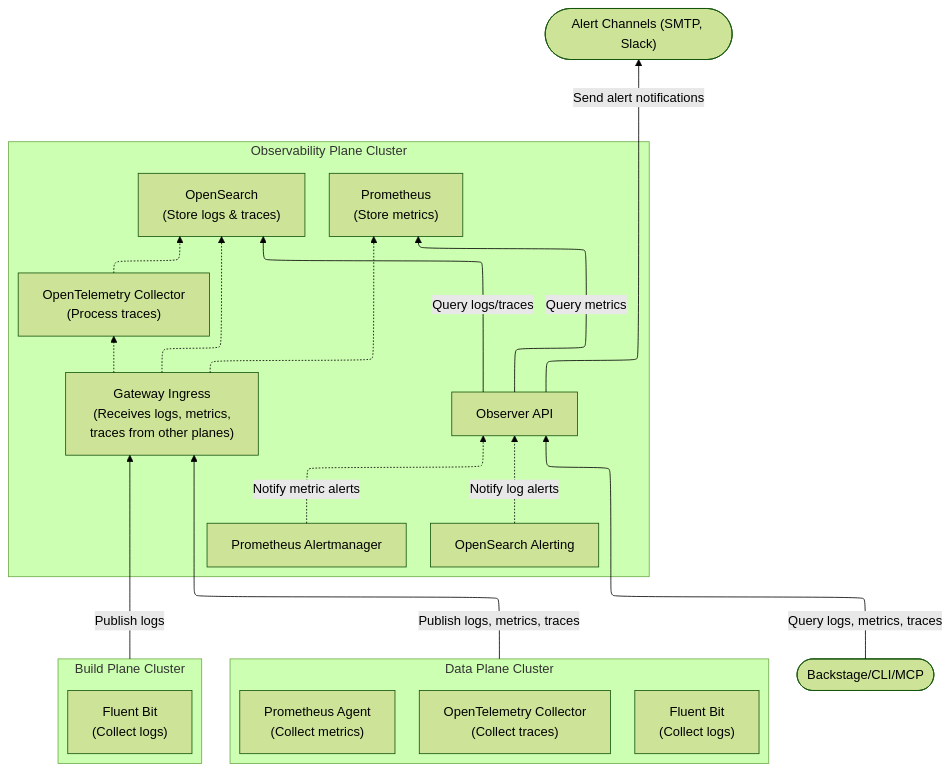
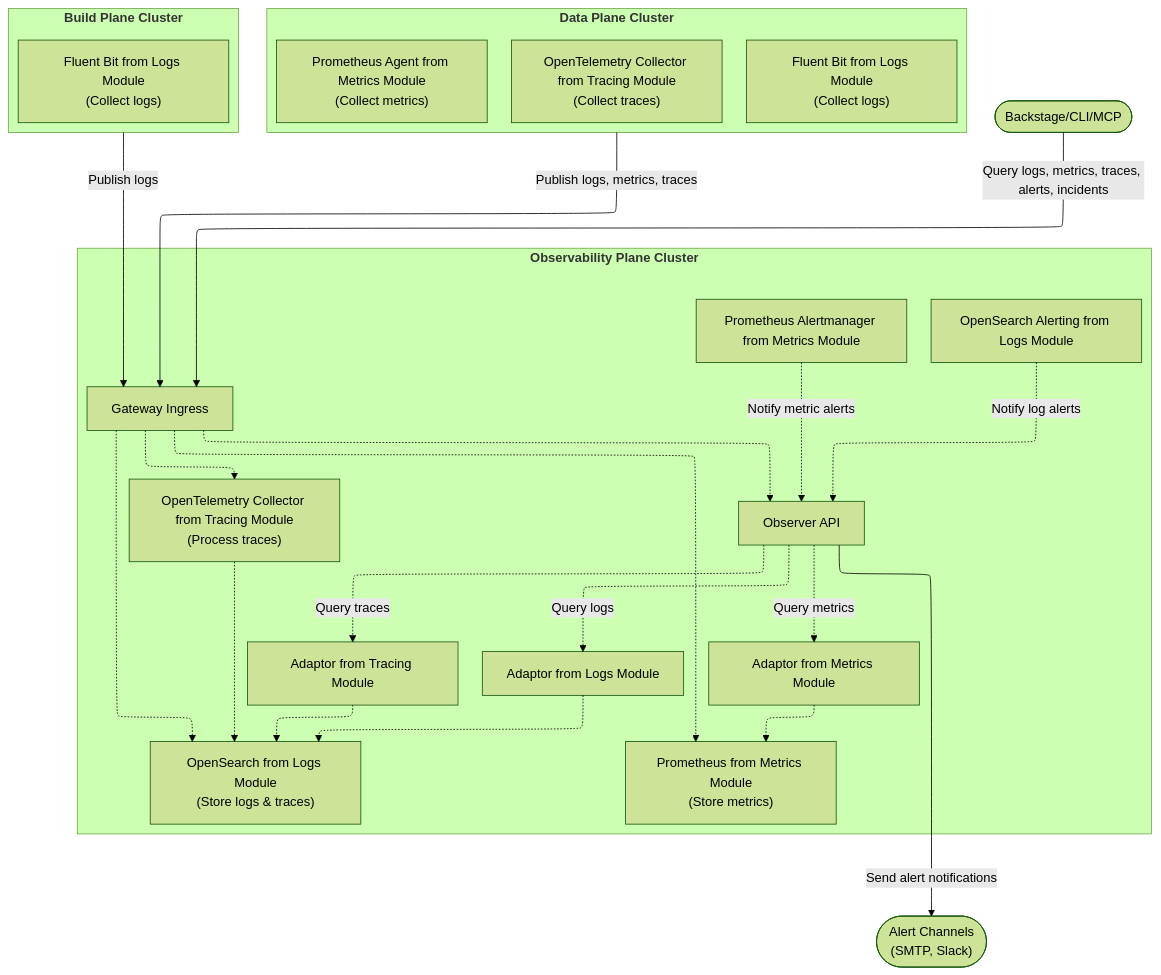
The second of 3 diagrams in docs/operations/observability-alerting.mdx (openchoreo/openchoreo.github.io), drawn with Mermaid (forest theme) before and after one commit. The commit also changed other lines of this file and 9 other files, not shown here.

First line of the commit message:
docs: enhance observability plane documentation (#407)

````diff
--- a/docs/operations/observability-alerting.mdx
+++ b/docs/operations/observability-alerting.mdx
@@ -69,36 +79,40 @@
 ```mermaid
 ---
 config:
   layout: elk
 ---
-flowchart BT
- subgraph ObservabilityPlane["Observability Plane Cluster"]
+flowchart
+ subgraph ObservabilityPlane["<b>Observability Plane Cluster<b>"]
     direction TB
-        Prometheus["Prometheus<br>(Store metrics)"]
-        OpenSearch["OpenSearch<br>(Store logs &amp; traces)"]
-        OTelCollector["OpenTelemetry Collector<br>(Process traces)"]
+        Prometheus["Prometheus from Metrics Module<br>(Store metrics)"]
+        OpenSearch["OpenSearch from Logs Module<br>(Store logs &amp; traces)"]
+        OTelCollector["OpenTelemetry Collector from Tracing Module<br>(Process traces)"]
         ObserverAPI["Observer API"]
-        GatewayIngress["Gateway Ingress<br>(Receives logs, metrics,<br>traces from other planes)"]
-        OSAlerting["OpenSearch Alerting"]
-        PAM["Prometheus Alertmanager"]
+        LogsAdaptor["Adaptor from Logs Module"]
+        MetricsAdaptor["Adaptor from Metrics Module"]
+        TracingAdaptor["Adaptor from Tracing Module"]
+        GatewayIngress["Gateway Ingress"]
+        OSAlerting["OpenSearch Alerting from Logs Module"]
+        PAM["Prometheus Alertmanager from Metrics Module"]
   end
- subgraph DataPlane["Data Plane Cluster"]
+ subgraph DataPlane["<b>Data Plane Cluster<b>"]
     direction LR
-        OTelDP["OpenTelemetry Collector<br>(Collect traces)"]
-        FluentBitDP["Fluent Bit<br>(Collect logs)"]
-        PrometheusAgentDP["Prometheus Agent<br>(Collect metrics)"]
+        OTelDP["OpenTelemetry Collector from Tracing Module<br>(Collect traces)"]
+        FluentBitDP["Fluent Bit from Logs Module<br>(Collect logs)"]
+        PrometheusAgentDP["Prometheus Agent from Metrics Module<br>(Collect metrics)"]
   end
- subgraph BuildPlane["Build Plane Cluster"]
-        FluentBitBP["Fluent Bit<br>(Collect logs)"]
+ subgraph BuildPlane["<b>Build Plane Cluster<b>"]
+        FluentBitBP["Fluent Bit from Logs Module<br>(Collect logs)"]
   end
     GatewayIngress -.-> Prometheus & OpenSearch & OTelCollector
     OTelCollector -.-> OpenSearch
-    ObserverAPI -- Query logs/traces --> OpenSearch
-    ObserverAPI -- Query metrics --> Prometheus
+    ObserverAPI -. Query logs .-> LogsAdaptor .-> OpenSearch
+    ObserverAPI -. Query metrics .-> MetricsAdaptor .-> Prometheus
+    ObserverAPI -. Query traces .-> TracingAdaptor .-> OpenSearch
     OSAlerting -. Notify log alerts .-> ObserverAPI
     PAM -. Notify metric alerts .-> ObserverAPI
-    ObserverAPI -- Send alert notifications --> AlertChannels(["Alert Channels (SMTP, Slack)"])
+    ObserverAPI -- Send alert notifications --> AlertChannels(["Alert Channels<br>(SMTP, Slack)"])
     DataPlane -- Publish logs, metrics, traces --> GatewayIngress
     BuildPlane -- Publish logs --> GatewayIngress
-    BackstageClient(["Backstage/CLI/MCP"]) -- Query logs, metrics, traces --> ObserverAPI
+    ExternalClient(["Backstage/CLI/MCP"]) -- Query logs, metrics, traces, alerts, incidents --> GatewayIngress .-> ObserverAPI
 ```
````
